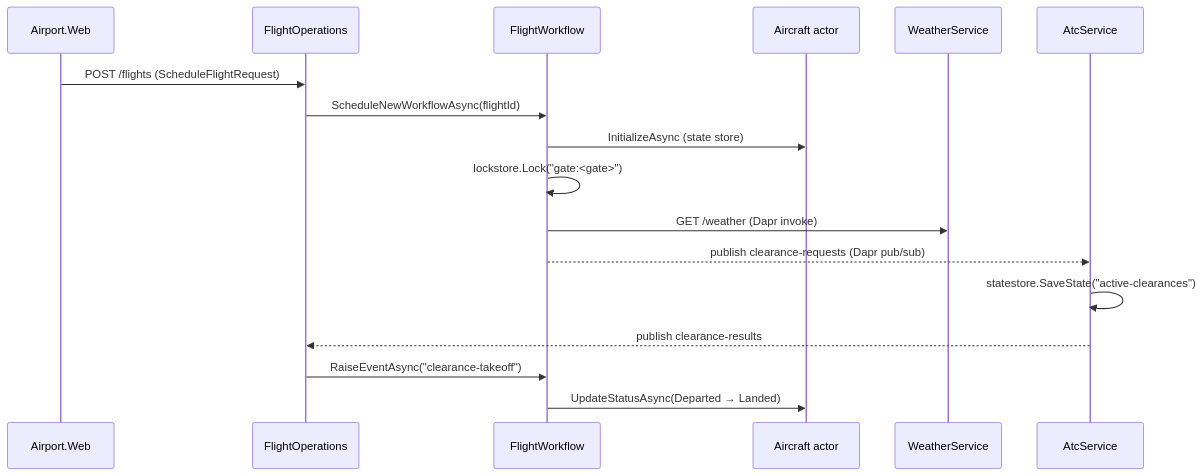
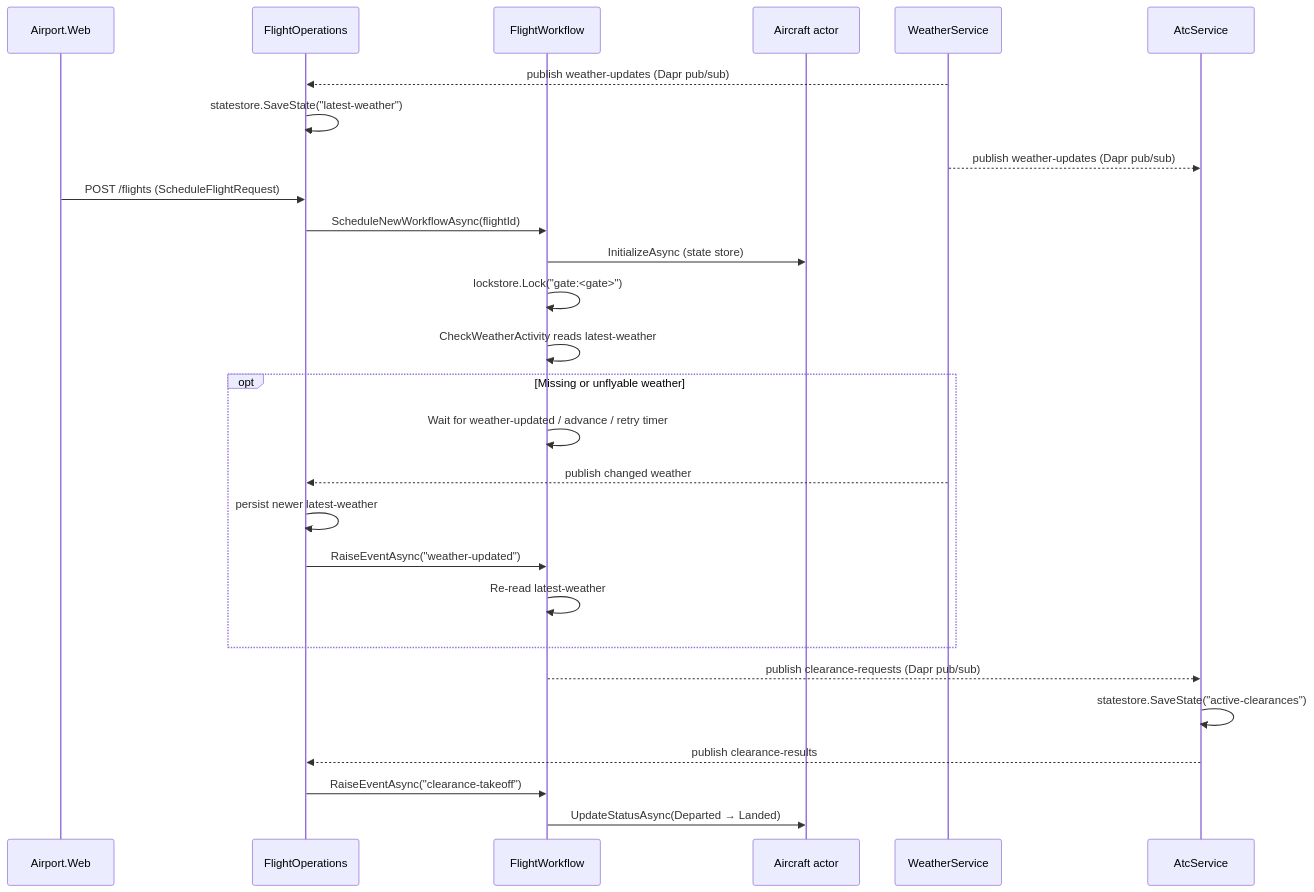
One commit to fvandillen/dapr-aspire-airport changed the diagram in docs/README.md. Above: the diagram before and after it, drawn with Mermaid. The commit also changed other lines of this file and 49 other files, not shown here.

````diff
--- a/docs/README.md
+++ b/docs/README.md
@@ -33,20 +64,30 @@
 ```mermaid
 sequenceDiagram
   participant UI as Airport.Web
   participant FO as FlightOperations
   participant WF as FlightWorkflow
   participant AA as Aircraft actor
   participant WX as WeatherService
   participant ATC as AtcService
 
+  WX-->>FO: publish weather-updates (Dapr pub/sub)
+  FO->>FO: statestore.SaveState("latest-weather")
+  WX-->>ATC: publish weather-updates (Dapr pub/sub)
   UI->>FO: POST /flights (ScheduleFlightRequest)
   FO->>WF: ScheduleNewWorkflowAsync(flightId)
   WF->>AA: InitializeAsync (state store)
   WF->>WF: lockstore.Lock("gate:<gate>")
-  WF->>WX: GET /weather (Dapr invoke)
+  WF->>WF: CheckWeatherActivity reads latest-weather
+  opt Missing or unflyable weather
+    WF->>WF: Wait for weather-updated / advance / retry timer
+    WX-->>FO: publish changed weather
+    FO->>FO: persist newer latest-weather
+    FO->>WF: RaiseEventAsync("weather-updated")
+    WF->>WF: Re-read latest-weather
+  end
   WF-->>ATC: publish clearance-requests (Dapr pub/sub)
   ATC->>ATC: statestore.SaveState("active-clearances")
   ATC-->>FO: publish clearance-results
   FO->>WF: RaiseEventAsync("clearance-takeoff")
   WF->>AA: UpdateStatusAsync(Departed → Landed)
 ```
````
